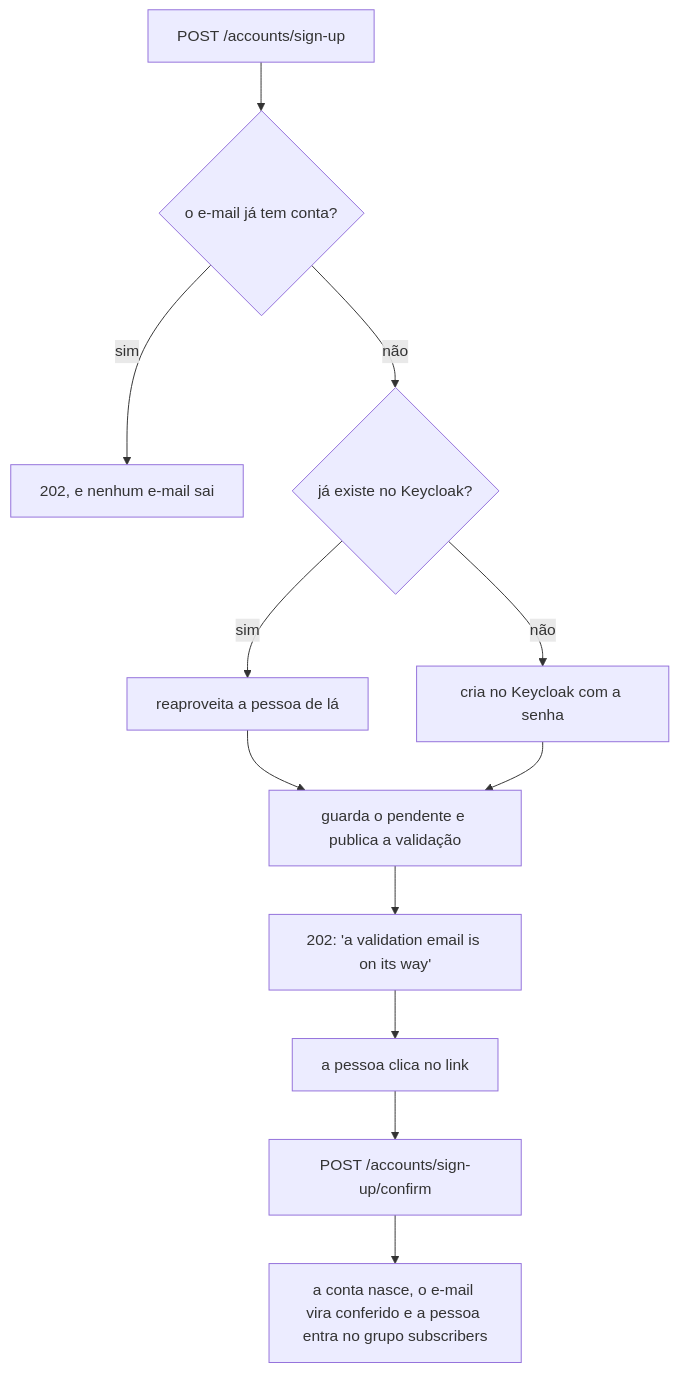
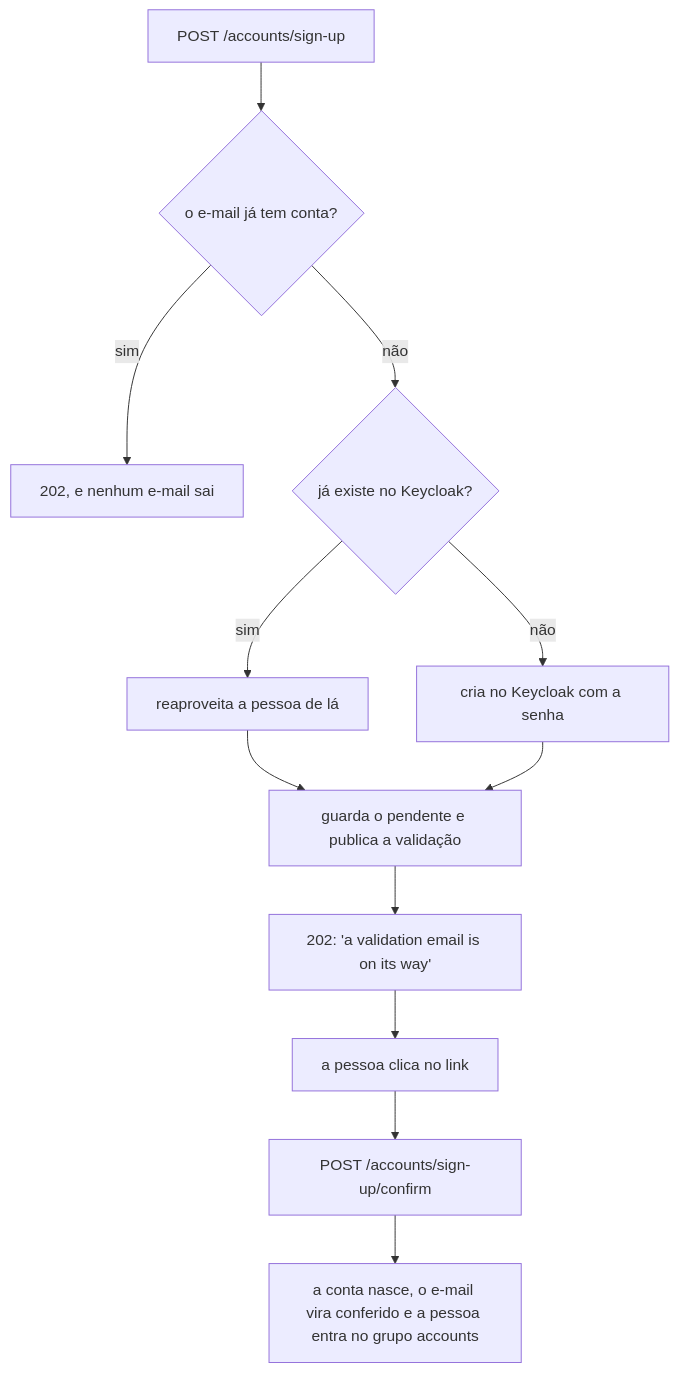
The second of 3 diagrams in subscription-api/README.md (tarcisiolzbraga/tarcisiolzbraga-codeflix), drawn with Mermaid before and after one commit. The commit also changed other lines of this file and 1 other file, not shown here.

````diff
--- a/subscription-api/README.md
+++ b/subscription-api/README.md
@@ -114,13 +114,13 @@
 ```mermaid
 flowchart TD
     A[POST /accounts/sign-up] --> B{o e-mail já tem conta?}
     B -->|sim| C[202, e nenhum e-mail sai]
     B -->|não| D{já existe no Keycloak?}
     D -->|sim| E[reaproveita a pessoa de lá]
     D -->|não| F[cria no Keycloak com a senha]
     E --> G[guarda o pendente e publica a validação]
     F --> G
     G --> H[202: 'a validation email is on its way']
     H --> I[a pessoa clica no link] --> J[POST /accounts/sign-up/confirm]
-    J --> K[a conta nasce, o e-mail vira conferido e a pessoa entra no grupo subscribers]
+    J --> K[a conta nasce, o e-mail vira conferido e a pessoa entra no grupo accounts]
 ```
````
